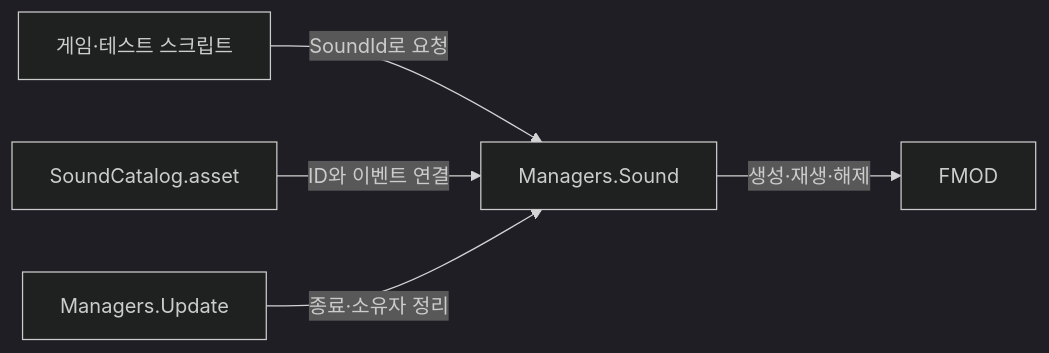
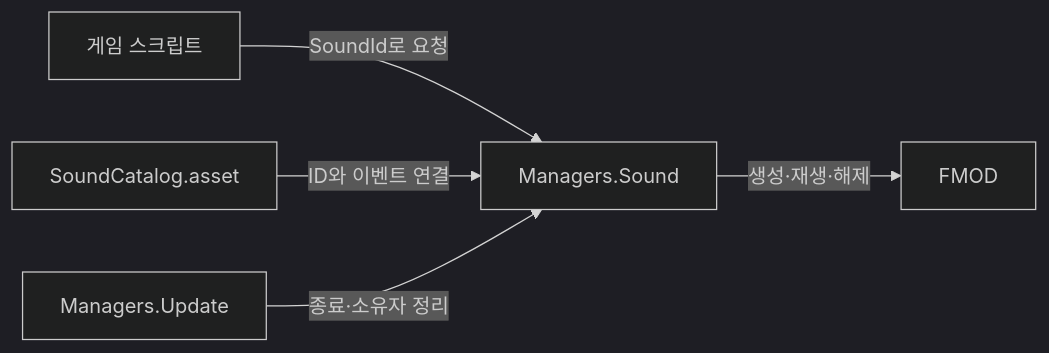
One commit to eytg8e/w07-blindblade-plus changed the diagram in docs/features/FMOD_사운드_매니저.md. Above: the diagram before and after it, drawn with Mermaid (dark theme). The commit also changed other lines of this file and 12 other files, not shown here.

````diff
--- a/docs/features/FMOD_사운드_매니저.md
+++ b/docs/features/FMOD_사운드_매니저.md
@@ -105,7 +130,7 @@
 ```mermaid
 flowchart LR
-    Caller["게임·테스트 스크립트"] -->|"SoundId로 요청"| Manager["Managers.Sound"]
+    Caller["게임 스크립트"] -->|"SoundId로 요청"| Manager["Managers.Sound"]
     Catalog["SoundCatalog.asset"] -->|"ID와 이벤트 연결"| Manager
     Manager -->|"생성·재생·해제"| FMOD["FMOD"]
     Update["Managers.Update"] -->|"종료·소유자 정리"| Manager
 ```
````
